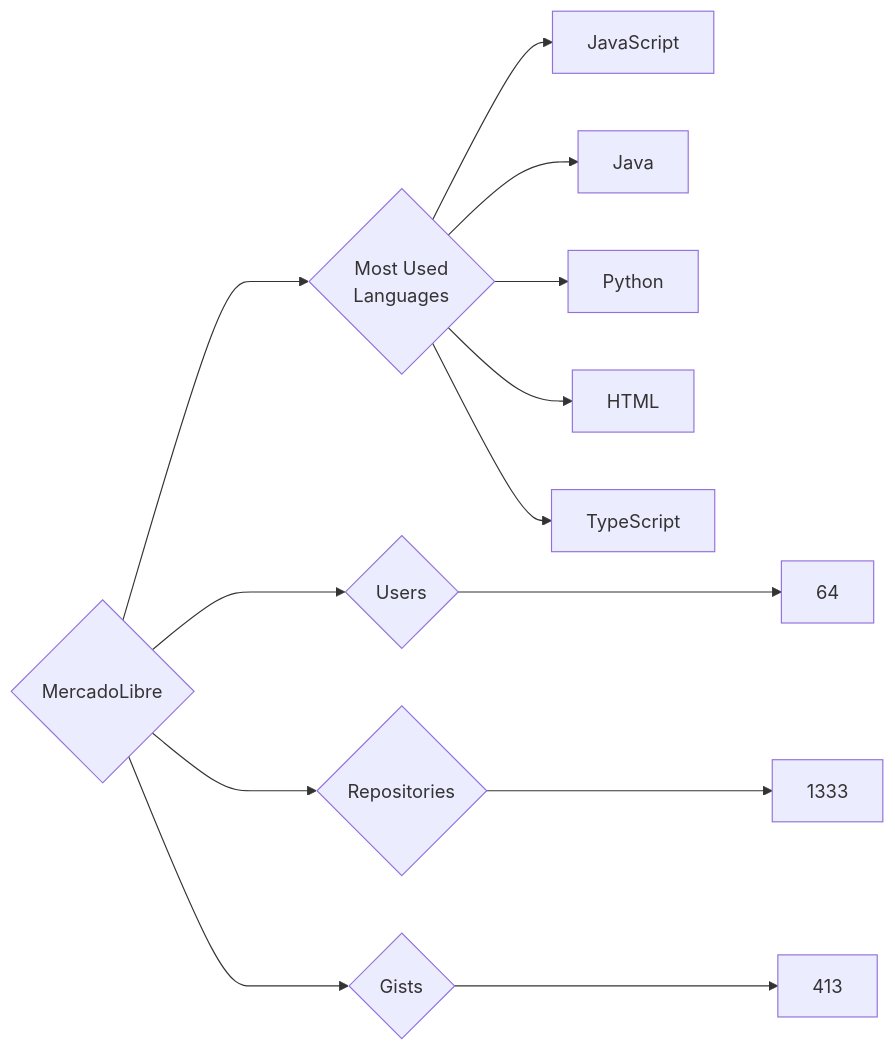
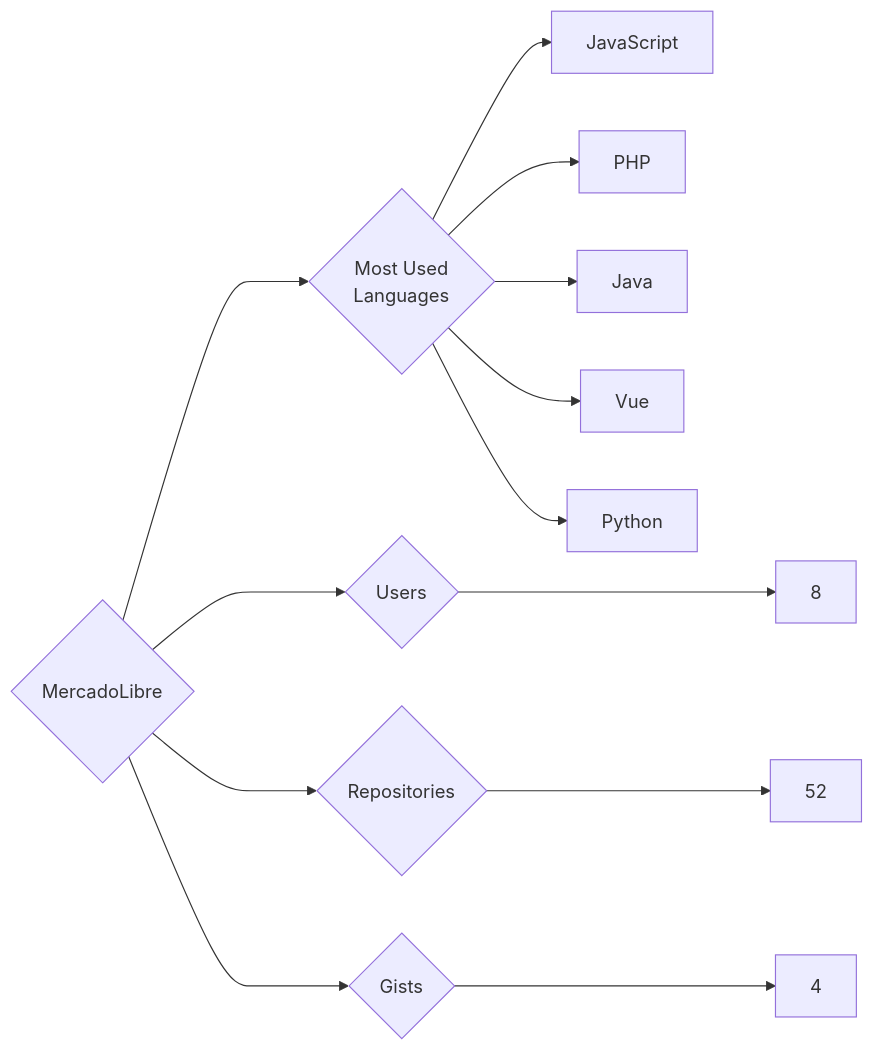
The diagram in targets/MercadoLibre/README.md (trickest/insiders), drawn with Mermaid before and after one commit. The commit also changed 1496 other files, not shown here.

````diff
--- a/targets/MercadoLibre/README.md
+++ b/targets/MercadoLibre/README.md
@@ -3,13 +3,13 @@
 ```mermaid
 graph LR
 COMPANY_NAME{MercadoLibre}
-COMPANY_NAME ---> U{Users} ---> UN[64]
-COMPANY_NAME ---> R{Repositories} ---> RN[1333]
-COMPANY_NAME ---> G{Gists} ---> GN[413]
+COMPANY_NAME ---> U{Users} ---> UN[8]
+COMPANY_NAME ---> R{Repositories} ---> RN[52]
+COMPANY_NAME ---> G{Gists} ---> GN[4]
 COMPANY_NAME ---> ML{Most Used<br>Languages}
 ML --> JavaScript[JavaScript]
+ML --> PHP[PHP]
 ML --> Java[Java]
+ML --> Vue[Vue]
 ML --> Python[Python]
-ML --> HTML[HTML]
-ML --> TypeScript[TypeScript]
 ```
````
